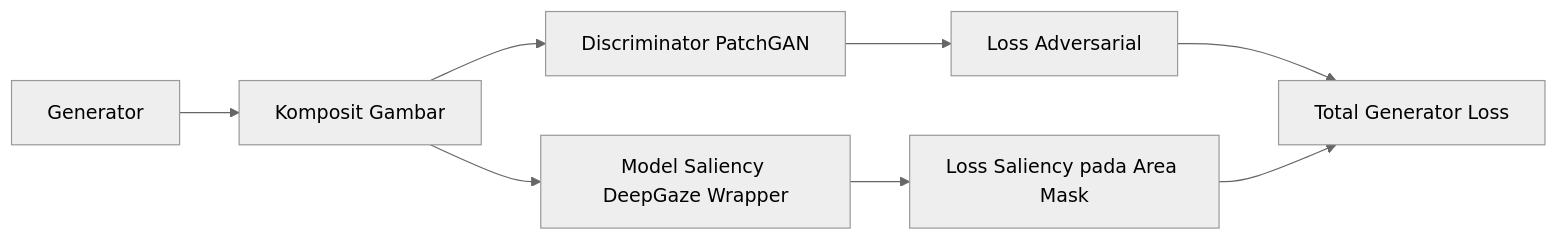
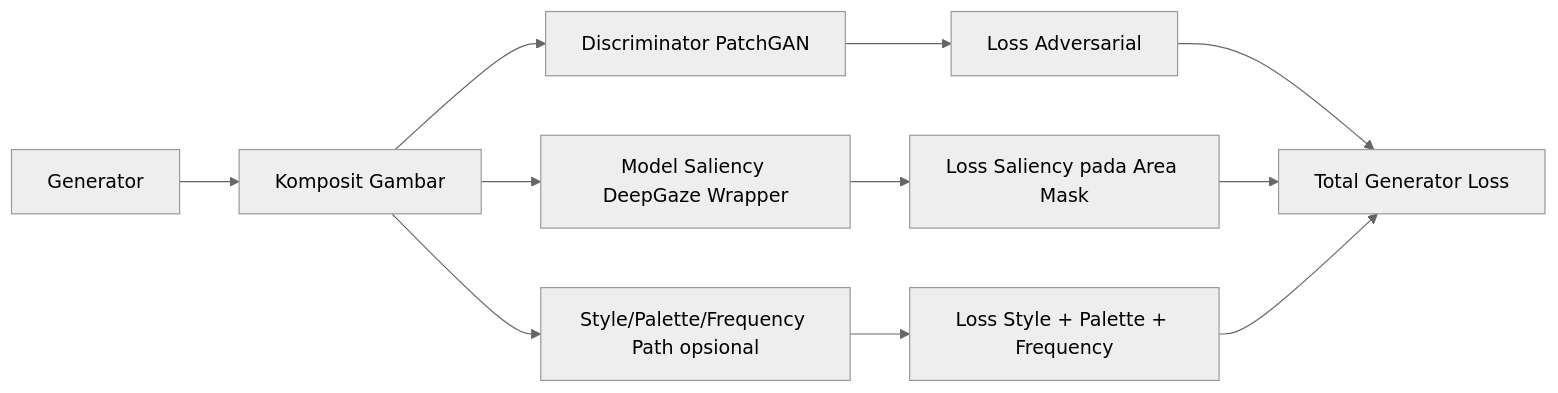
The first of 17 diagrams in HCAS-GAN_Dokumentasi_Eksperimen_Komprehensif.md (bimyusufk/hcas-gan), drawn with Mermaid (neutral theme) before and after one commit. The commit also changed other lines of this file and 25 other files, not shown here.

````diff
--- a/HCAS-GAN_Dokumentasi_Eksperimen_Komprehensif.md
+++ b/HCAS-GAN_Dokumentasi_Eksperimen_Komprehensif.md
@@ -53,10 +56,13 @@
 ```mermaid
 flowchart LR
     G[Generator] --> C[Komposit Gambar]
     C --> D[Discriminator PatchGAN]
     C --> S[Model Saliency DeepGaze Wrapper]
+    C --> SP[Style/Palette/Frequency Path opsional]
     D --> LA[Loss Adversarial]
     S --> LS[Loss Saliency pada Area Mask]
+    SP --> LX[Loss Style + Palette + Frequency]
     LA --> LT[Total Generator Loss]
     LS --> LT
+    LX --> LT
 ```
````
